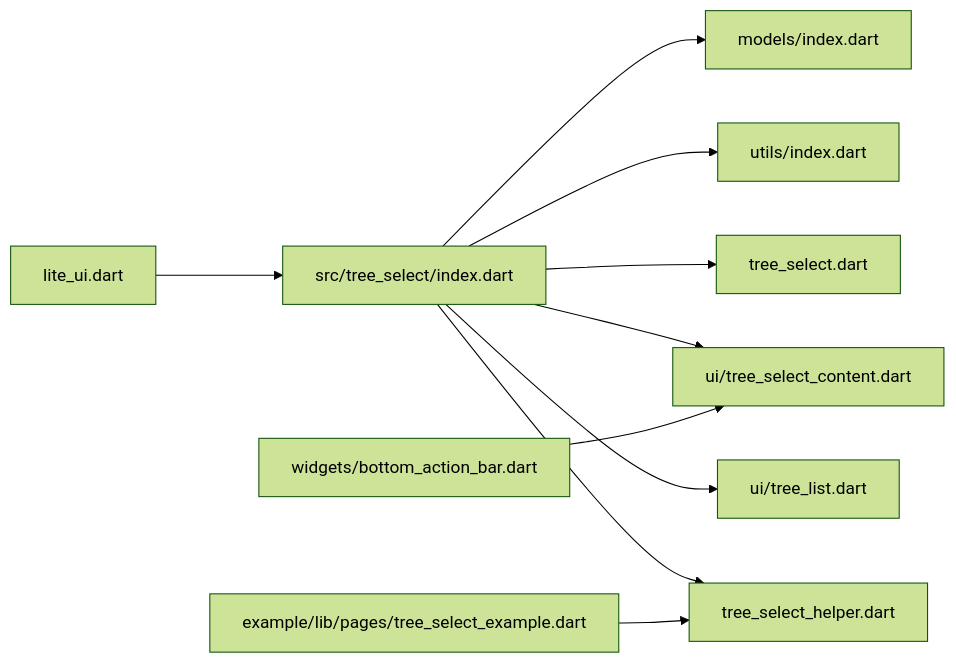
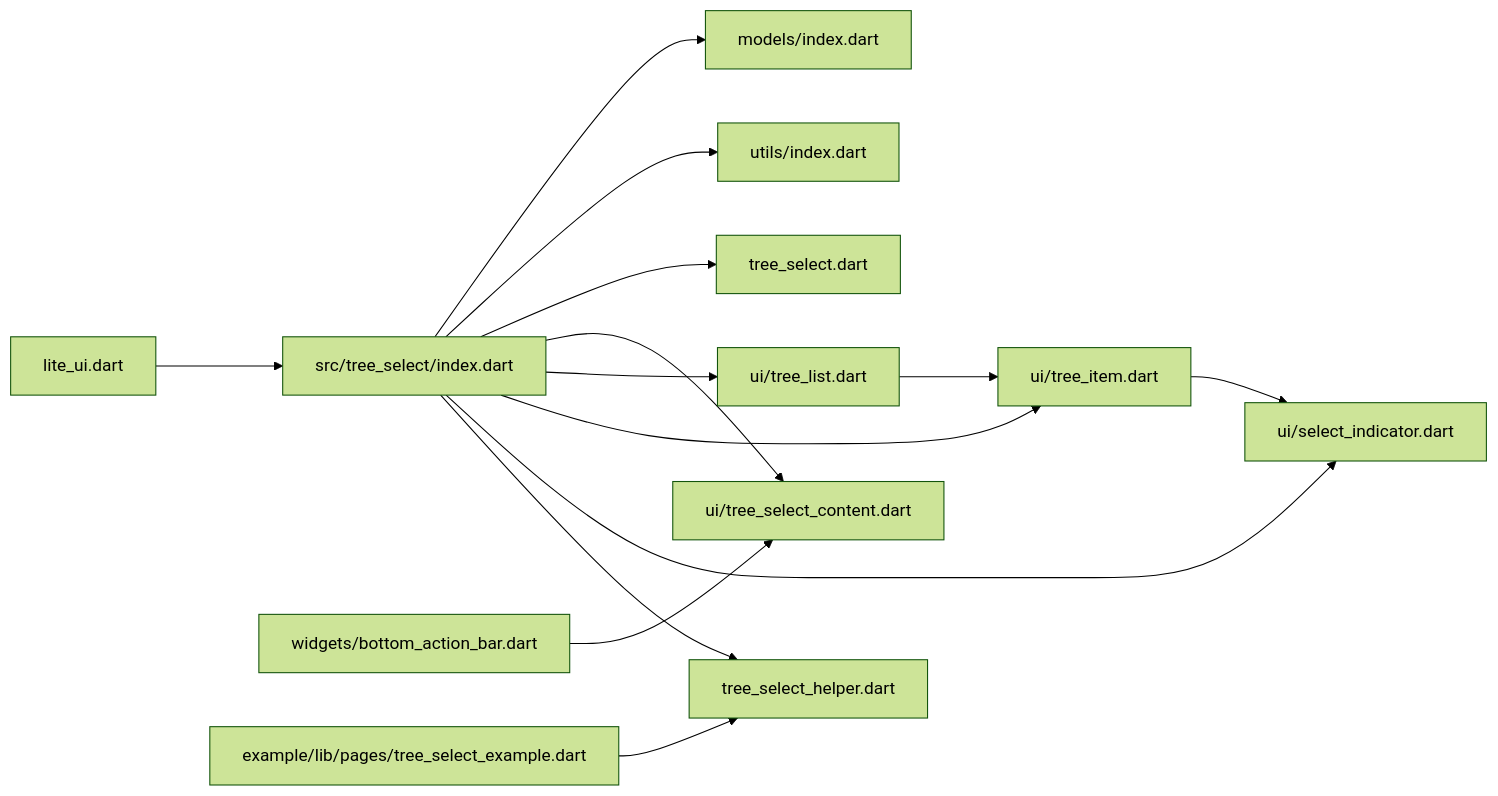
One commit to yuzhido/lite-ui changed the fifth of 5 diagrams in .qoder/repowiki/zh/content/高级组件/树形选择器.md. Above: the diagram before and after it, drawn with Mermaid (forest theme). The commit also changed other lines of this file and 35 other files, not shown here.

````diff
--- a/.qoder/repowiki/zh/content/高级组件/树形选择器.md
+++ b/.qoder/repowiki/zh/content/高级组件/树形选择器.md
@@ -348,12 +407,16 @@
 ```mermaid
 graph LR
 Lite["lite_ui.dart"] --> Index["src/tree_select/index.dart"]
 Index --> Model["models/index.dart"]
 Index --> Utils["utils/index.dart"]
 Index --> TS["tree_select.dart"]
 Index --> TMC["ui/tree_select_content.dart"]
 Index --> TL["ui/tree_list.dart"]
+Index --> TI["ui/tree_item.dart"]
+Index --> SI["ui/select_indicator.dart"]
 Index --> Helper["tree_select_helper.dart"]
 BA["widgets/bottom_action_bar.dart"] --> TMC
+TL --> TI
+TI --> SI
 Example["example/lib/pages/tree_select_example.dart"] --> Helper
 ```
````
